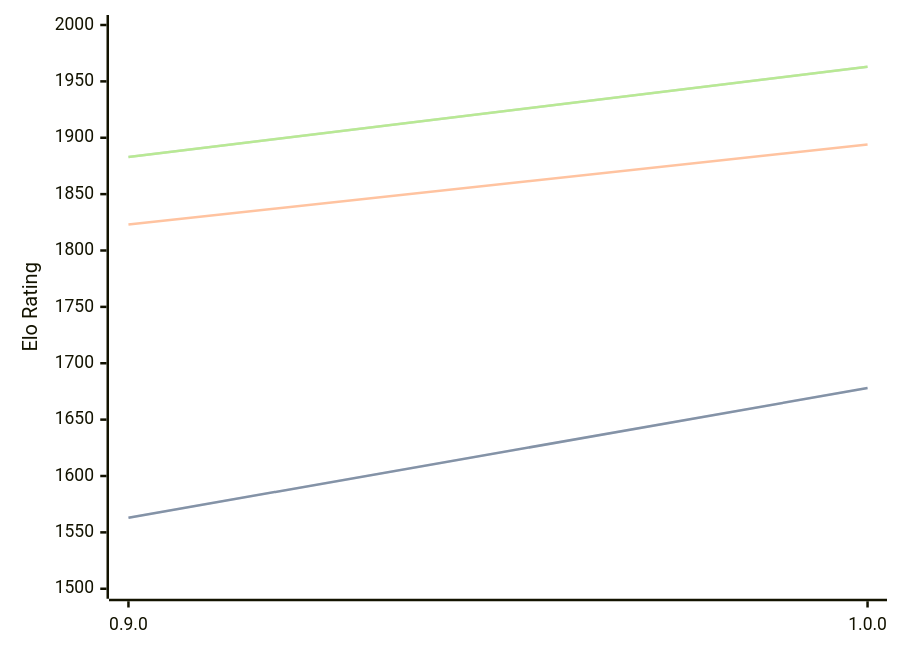
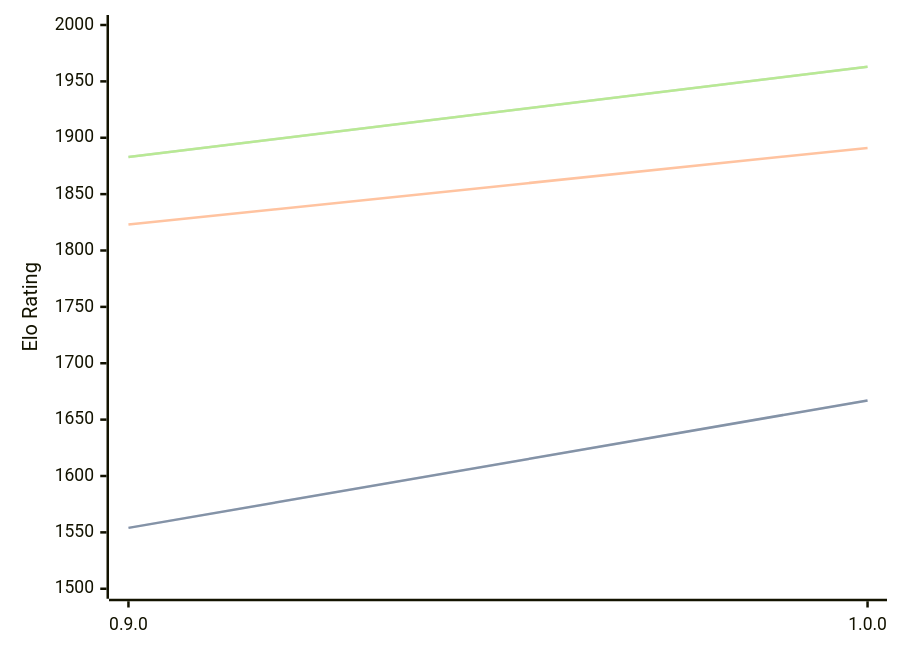
The diagram in engines/Ratsu.md (computer-chess-index/cci), drawn with Mermaid before and after one commit. The commit also changed other lines of this file, not shown here.

````diff
--- a/engines/Ratsu.md
+++ b/engines/Ratsu.md
@@ -30,11 +32,11 @@
 ```mermaid
 %%{init: {"theme":"base","themeVariables":{"seriesColors:['#a3a3a3','#222221','#faa371']}}}%%
 xychart-beta
   x-axis ["0.9.0", "1.0.0"]
   y-axis "Elo Rating" 1500 --> 2000
-  line "STC (8.0+0.08s)" [1563, 1678]
-  line "STC (8.0+0.08s)" [1563, 1678]
-  line "LTC (60.0+0.60s)" [1823, 1894]
+  line "STC (8.0+0.08s)" [1554, 1667]
+  line "STC (8.0+0.08s)" [1554, 1667]
+  line "LTC (60.0+0.60s)" [1823, 1891]
   line "VLTC (2m24s+1.12s)" [1883, 1963]
   line "VLTC (2m24s+1.12s)" [1883, 1963]
 ```
````
